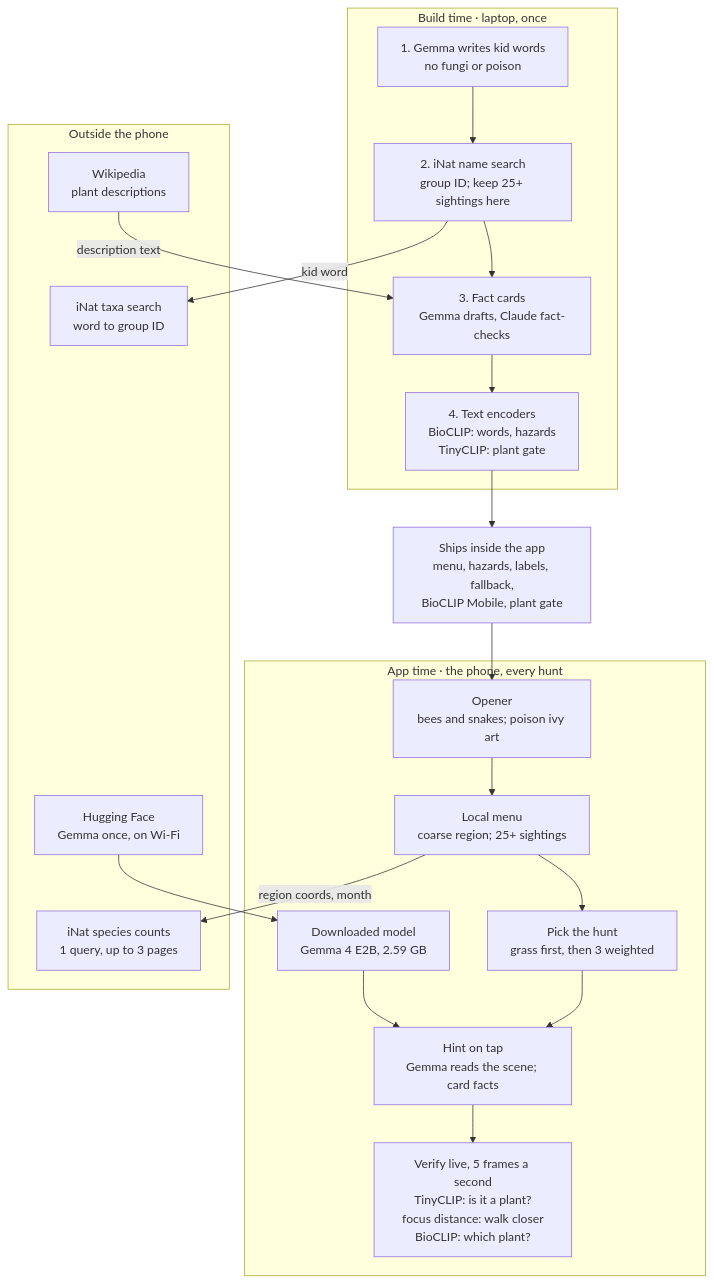
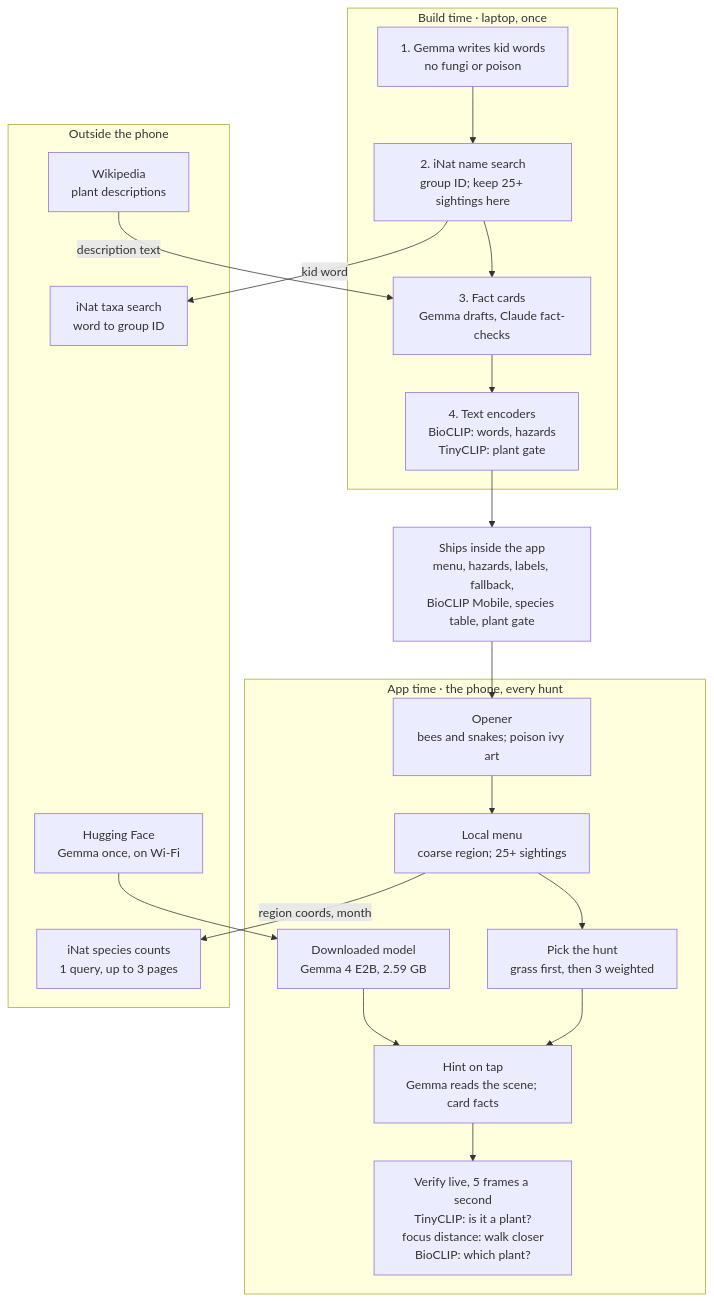
Before and after one commit to anchildress1/wild-find: the diagram in docs/PRD.md, drawn with Mermaid. The commit also changed other lines of this file and 2 other files, not shown here.

First line of the commit message:
docs: warn on hazards from BioCLIP's species table, top 5

````diff
--- a/docs/PRD.md
+++ b/docs/PRD.md
@@ -173,42 +173,42 @@
 ```mermaid
 %%{init: {'theme': 'default'}}%%
 flowchart TD
     accTitle: wild-find architecture
-    accDescr: Build time runs once on a laptop and ships the menu, hazards, label vectors, the plant gate, and a fallback list inside the app. At app time the phone runs the opener, local menu, hunt pick, hints, and live verification with a plant gate and BioCLIP. Photos and precise location never leave the phone.
+    accDescr: Build time runs once on a laptop and ships the menu, hazards, label vectors, the species table, the plant gate, and a fallback list inside the app. At app time the phone runs the opener, local menu, hunt pick, hints, and live verification with a plant gate and BioCLIP. Photos and precise location never leave the phone.
 
     subgraph build["Build time · laptop, once"]
         B1["1. Gemma writes kid words<br/>no fungi or poison"]
         B2["2. iNat name search<br/>group ID; keep 25+ sightings here"]
         B3["3. Fact cards<br/>Gemma drafts, Claude fact-checks"]
         B4["4. Text encoders<br/>BioCLIP: words, hazards<br/>TinyCLIP: plant gate"]
         B1 --> B2 --> B3 --> B4
     end
 
-    SHIP["Ships inside the app<br/>menu, hazards, labels, fallback,<br/>BioCLIP Mobile, plant gate"]
+    SHIP["Ships inside the app<br/>menu, hazards, labels, fallback,<br/>BioCLIP Mobile, species table, plant gate"]
     B4 --> SHIP
 
     subgraph app["App time · the phone, every hunt"]
         A1["Opener<br/>bees and snakes; poison ivy art"]
         A2["Local menu<br/>coarse region; 25+ sightings"]
         A3["Pick the hunt<br/>grass first, then 3 weighted"]
         A4["Hint on tap<br/>Gemma reads the scene; card facts"]
         A5["Verify live, 5 frames a second<br/>TinyCLIP: is it a plant?<br/>focus distance: walk closer<br/>BioCLIP: which plant?"]
         M["Downloaded model<br/>Gemma 4 E2B, 2.59 GB"]
         A1 --> A2 --> A3 --> A4 --> A5
         M --> A4
     end
 
     SHIP --> A1
 
     subgraph outside["Outside the phone"]
         E1["iNat taxa search<br/>word to group ID"]
         E2["Wikipedia<br/>plant descriptions"]
         E3["iNat species counts<br/>1 query, up to 3 pages"]
         E4["Hugging Face<br/>Gemma once, on Wi-Fi"]
     end
 
     B2 -- "kid word" --> E1
     E2 -- "description text" --> B3
     A2 -- "region coords, month" --> E3
     E4 --> M
 ```
````
